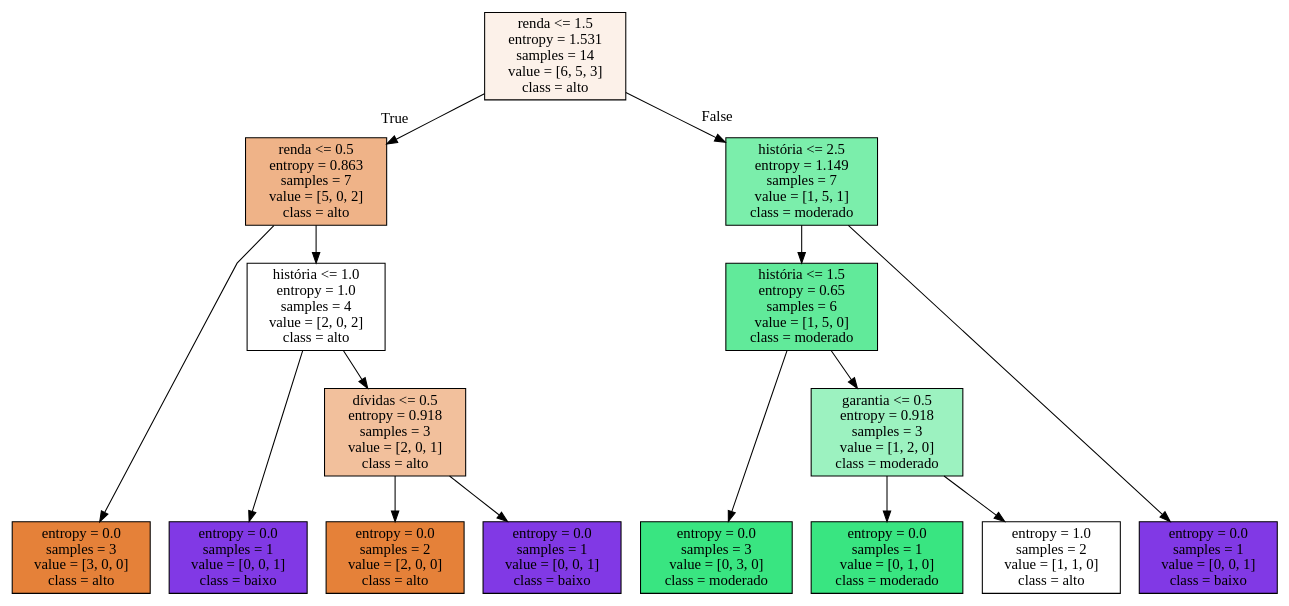
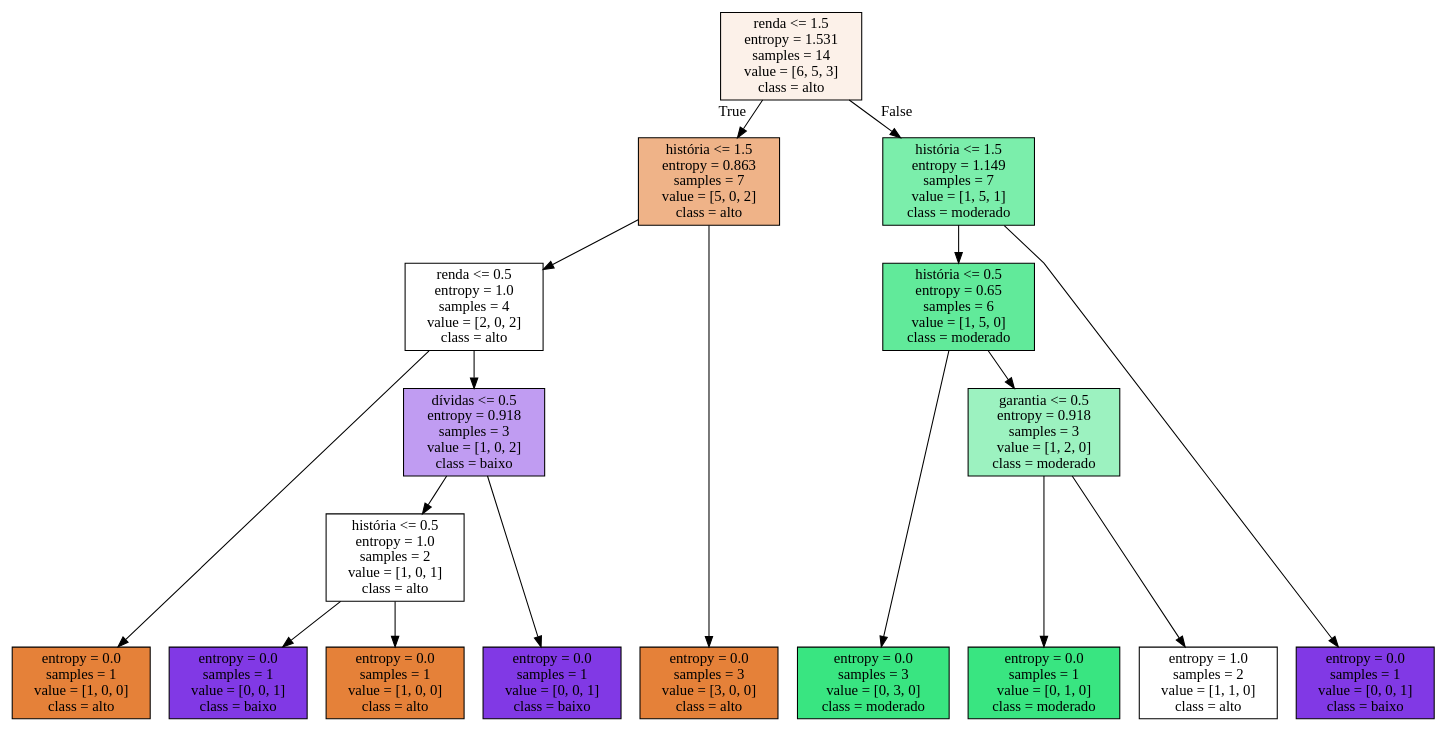
The diagram in Conteúdo 4 - Árvores de Decisão/prog19_Arvores-De-Decisao-Python/Graphviz/arvore.dot (Alyssonmach/Machine-Learning-com-Python), drawn with Graphviz before and after one commit.

```diff
--- a/Conteúdo 4 - Árvores de Decisão/prog19_Arvores-De-Decisao-Python/Graphviz/arvore.dot
+++ b/Conteúdo 4 - Árvores de Decisão/prog19_Arvores-De-Decisao-Python/Graphviz/arvore.dot
@@ -1,38 +1,43 @@
 digraph Tree {
 node [shape=box, style="filled", color="black"] ;
 graph [ranksep=equally, splines=polyline] ;
 0 [label="renda <= 1.5\nentropy = 1.531\nsamples = 14\nvalue = [6, 5, 3]\nclass = alto", fillcolor="#fcf1e9"] ;
-1 [label="renda <= 0.5\nentropy = 0.863\nsamples = 7\nvalue = [5, 0, 2]\nclass = alto", fillcolor="#efb388"] ;
+1 [label="história <= 1.5\nentropy = 0.863\nsamples = 7\nvalue = [5, 0, 2]\nclass = alto", fillcolor="#efb388"] ;
 0 -> 1 [labeldistance=2.5, labelangle=45, headlabel="True"] ;
-2 [label="entropy = 0.0\nsamples = 3\nvalue = [3, 0, 0]\nclass = alto", fillcolor="#e58139"] ;
+2 [label="renda <= 0.5\nentropy = 1.0\nsamples = 4\nvalue = [2, 0, 2]\nclass = alto", fillcolor="#ffffff"] ;
 1 -> 2 ;
-3 [label="história <= 1.0\nentropy = 1.0\nsamples = 4\nvalue = [2, 0, 2]\nclass = alto", fillcolor="#ffffff"] ;
-1 -> 3 ;
-4 [label="entropy = 0.0\nsamples = 1\nvalue = [0, 0, 1]\nclass = baixo", fillcolor="#8139e5"] ;
-3 -> 4 ;
-5 [label="dívidas <= 0.5\nentropy = 0.918\nsamples = 3\nvalue = [2, 0, 1]\nclass = alto", fillcolor="#f2c09c"] ;
-3 -> 5 ;
-6 [label="entropy = 0.0\nsamples = 2\nvalue = [2, 0, 0]\nclass = alto", fillcolor="#e58139"] ;
+3 [label="entropy = 0.0\nsamples = 1\nvalue = [1, 0, 0]\nclass = alto", fillcolor="#e58139"] ;
+2 -> 3 ;
+4 [label="dívidas <= 0.5\nentropy = 0.918\nsamples = 3\nvalue = [1, 0, 2]\nclass = baixo", fillcolor="#c09cf2"] ;
+2 -> 4 ;
+5 [label="história <= 0.5\nentropy = 1.0\nsamples = 2\nvalue = [1, 0, 1]\nclass = alto", fillcolor="#ffffff"] ;
+4 -> 5 ;
+6 [label="entropy = 0.0\nsamples = 1\nvalue = [0, 0, 1]\nclass = baixo", fillcolor="#8139e5"] ;
 5 -> 6 ;
-7 [label="entropy = 0.0\nsamples = 1\nvalue = [0, 0, 1]\nclass = baixo", fillcolor="#8139e5"] ;
+7 [label="entropy = 0.0\nsamples = 1\nvalue = [1, 0, 0]\nclass = alto", fillcolor="#e58139"] ;
 5 -> 7 ;
-8 [label="história <= 2.5\nentropy = 1.149\nsamples = 7\nvalue = [1, 5, 1]\nclass = moderado", fillcolor="#7beeab"] ;
-0 -> 8 [labeldistance=2.5, labelangle=-45, headlabel="False"] ;
-9 [label="história <= 1.5\nentropy = 0.65\nsamples = 6\nvalue = [1, 5, 0]\nclass = moderado", fillcolor="#61ea9a"] ;
-8 -> 9 ;
-10 [label="entropy = 0.0\nsamples = 3\nvalue = [0, 3, 0]\nclass = moderado", fillcolor="#39e581"] ;
-9 -> 10 ;
-11 [label="garantia <= 0.5\nentropy = 0.918\nsamples = 3\nvalue = [1, 2, 0]\nclass = moderado", fillcolor="#9cf2c0"] ;
-9 -> 11 ;
-12 [label="entropy = 0.0\nsamples = 1\nvalue = [0, 1, 0]\nclass = moderado", fillcolor="#39e581"] ;
+8 [label="entropy = 0.0\nsamples = 1\nvalue = [0, 0, 1]\nclass = baixo", fillcolor="#8139e5"] ;
+4 -> 8 ;
+9 [label="entropy = 0.0\nsamples = 3\nvalue = [3, 0, 0]\nclass = alto", fillcolor="#e58139"] ;
+1 -> 9 ;
+10 [label="história <= 1.5\nentropy = 1.149\nsamples = 7\nvalue = [1, 5, 1]\nclass = moderado", fillcolor="#7beeab"] ;
+0 -> 10 [labeldistance=2.5, labelangle=-45, headlabel="False"] ;
+11 [label="história <= 0.5\nentropy = 0.65\nsamples = 6\nvalue = [1, 5, 0]\nclass = moderado", fillcolor="#61ea9a"] ;
+10 -> 11 ;
+12 [label="entropy = 0.0\nsamples = 3\nvalue = [0, 3, 0]\nclass = moderado", fillcolor="#39e581"] ;
 11 -> 12 ;
-13 [label="entropy = 1.0\nsamples = 2\nvalue = [1, 1, 0]\nclass = alto", fillcolor="#ffffff"] ;
+13 [label="garantia <= 0.5\nentropy = 0.918\nsamples = 3\nvalue = [1, 2, 0]\nclass = moderado", fillcolor="#9cf2c0"] ;
 11 -> 13 ;
-14 [label="entropy = 0.0\nsamples = 1\nvalue = [0, 0, 1]\nclass = baixo", fillcolor="#8139e5"] ;
-8 -> 14 ;
+14 [label="entropy = 0.0\nsamples = 1\nvalue = [0, 1, 0]\nclass = moderado", fillcolor="#39e581"] ;
+13 -> 14 ;
+15 [label="entropy = 1.0\nsamples = 2\nvalue = [1, 1, 0]\nclass = alto", fillcolor="#ffffff"] ;
+13 -> 15 ;
+16 [label="entropy = 0.0\nsamples = 1\nvalue = [0, 0, 1]\nclass = baixo", fillcolor="#8139e5"] ;
+10 -> 16 ;
 {rank=same ; 0} ;
-{rank=same ; 1; 8} ;
-{rank=same ; 3; 9} ;
-{rank=same ; 5; 11} ;
-{rank=same ; 2; 4; 6; 7; 10; 12; 13; 14} ;
+{rank=same ; 1; 10} ;
+{rank=same ; 2; 11} ;
+{rank=same ; 4; 13} ;
+{rank=same ; 5} ;
+{rank=same ; 3; 6; 7; 8; 9; 12; 14; 15; 16} ;
 }
```
